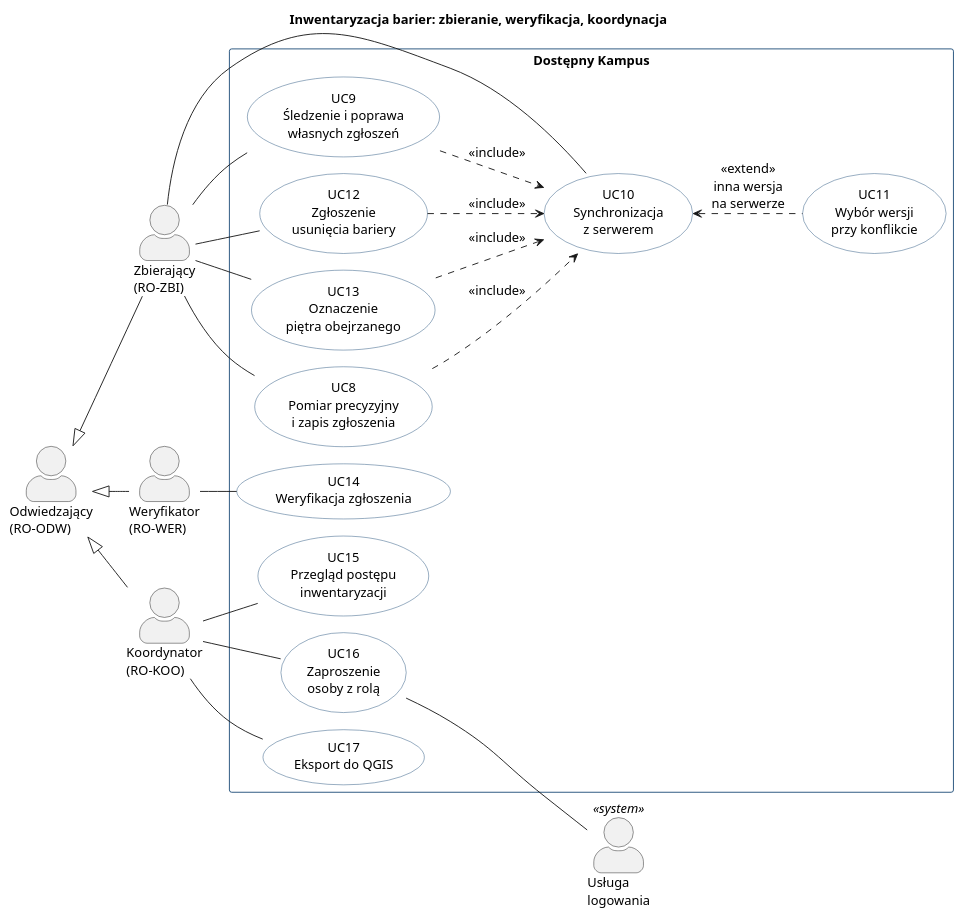
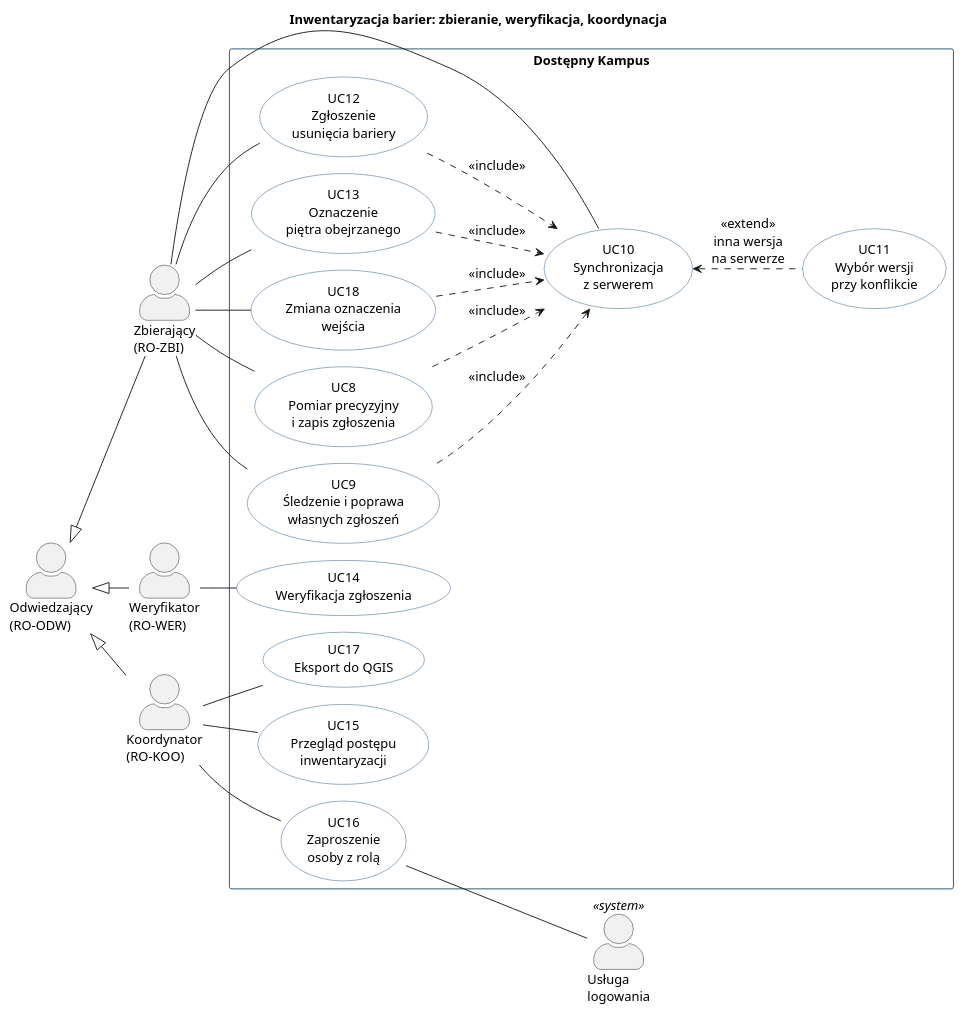
One commit to dostepny-kampus/dostepny-kampus changed the diagram in docs/docs/wymagania/przypadki-uzycia-zespol.puml. Above: the diagram before and after it, drawn with PlantUML. The commit also changed 1 other file, not shown here.

```diff
--- a/docs/docs/wymagania/przypadki-uzycia-zespol.puml
+++ b/docs/docs/wymagania/przypadki-uzycia-zespol.puml
@@ -1,58 +1,61 @@
 @startuml
 !pragma layout smetana
 left to right direction
 skinparam defaultFontName Arial
 skinparam defaultFontSize 14
 skinparam shadowing false
 skinparam actorStyle awesome
 skinparam usecase {
   BackgroundColor #FFFFFF
   BorderColor #1F4E79
 }
 skinparam rectangle {
   BorderColor #1F4E79
 }
 
 title Inwentaryzacja barier: zbieranie, weryfikacja, koordynacja
 
 actor "Odwiedzający\n(RO-ODW)" as ODW
 actor "Zbierający\n(RO-ZBI)" as ZBI
 actor "Weryfikator\n(RO-WER)" as WER
 actor "Koordynator\n(RO-KOO)" as KOO
 actor "Usługa\nlogowania" as UL <<system>>
 
 ODW <|-- ZBI
 ODW <|-- WER
 ODW <|-- KOO
 
 rectangle "Dostępny Kampus" {
   usecase "UC8\nPomiar precyzyjny\ni zapis zgłoszenia" as UC8
   usecase "UC9\nŚledzenie i poprawa\nwłasnych zgłoszeń" as UC9
   usecase "UC12\nZgłoszenie\nusunięcia bariery" as UC12
   usecase "UC13\nOznaczenie\npiętra obejrzanego" as UC13
+  usecase "UC18\nZmiana oznaczenia\nwejścia" as UC18
   usecase "UC10\nSynchronizacja\nz serwerem" as UC10
   usecase "UC11\nWybór wersji\nprzy konflikcie" as UC11
   usecase "UC14\nWeryfikacja zgłoszenia" as UC14
   usecase "UC15\nPrzegląd postępu\ninwentaryzacji" as UC15
   usecase "UC16\nZaproszenie\nosoby z rolą" as UC16
   usecase "UC17\nEksport do QGIS" as UC17
 }
 
 ZBI -- UC8
 ZBI -- UC9
 ZBI -- UC12
 ZBI -- UC13
+ZBI -- UC18
 ZBI -- UC10
 WER -- UC14
 KOO -- UC15
 KOO -- UC16
 KOO -- UC17
 
 UC8 ..> UC10 : <<include>>
 UC9 ..> UC10 : <<include>>
 UC12 ..> UC10 : <<include>>
 UC13 ..> UC10 : <<include>>
+UC18 ..> UC10 : <<include>>
 UC10 <.. UC11 : <<extend>>\ninna wersja\nna serwerze
 
 UC16 -- UL
 @enduml
```
